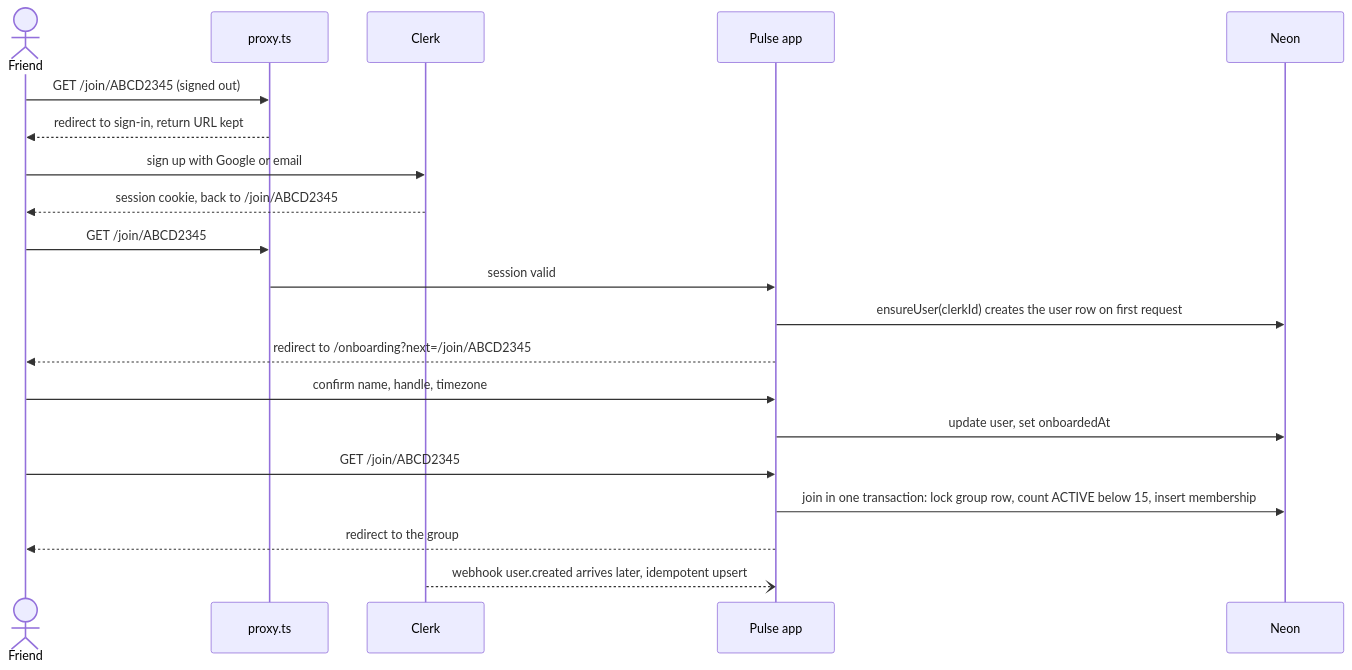
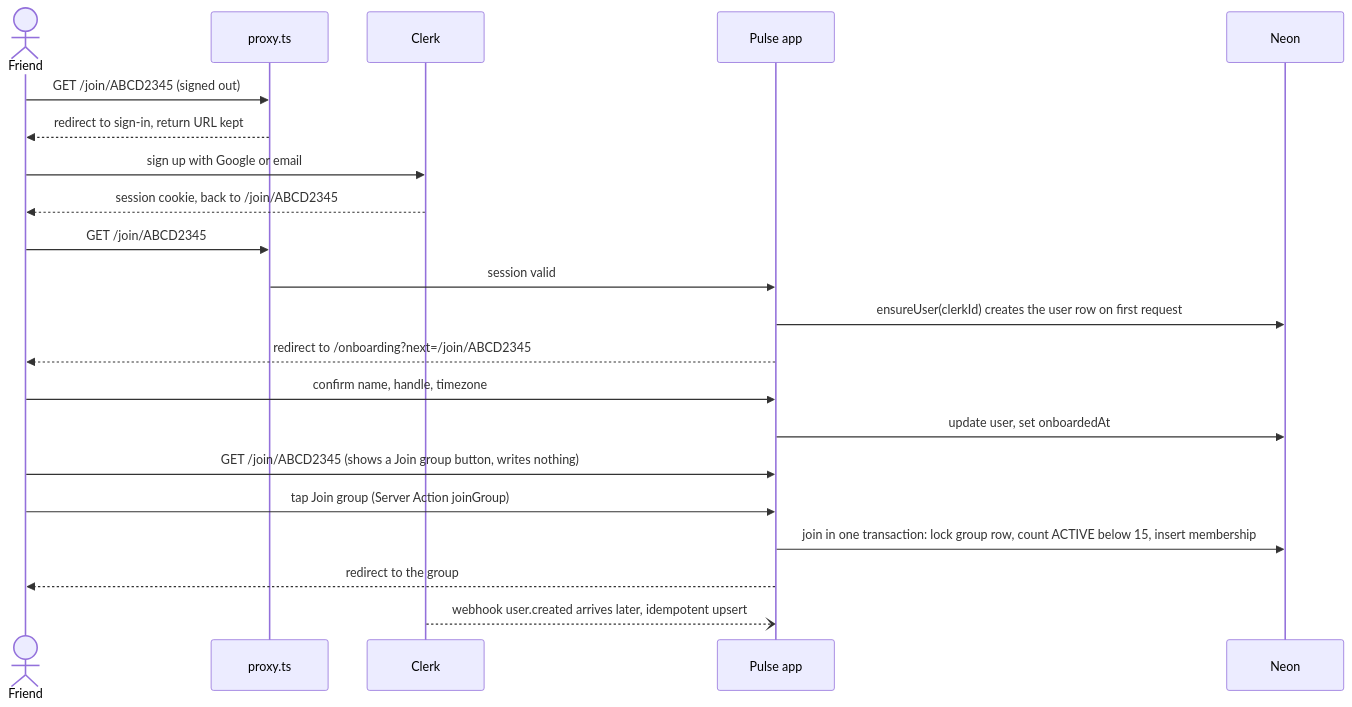
Before and after one commit to rushikeshmalgan/pulse: the third of 4 diagrams in docs/TAD.md, drawn with Mermaid. The commit also changed other lines of this file, not shown here.

First line of the commit message:
docs: amend TAD for schema and API refinements

````diff
--- a/docs/TAD.md
+++ b/docs/TAD.md
@@ -257,22 +259,23 @@
 ```mermaid
 sequenceDiagram
   actor F as Friend
   participant P as proxy.ts
   participant C as Clerk
   participant A as Pulse app
   participant D as Neon
   F->>P: GET /join/ABCD2345 (signed out)
   P-->>F: redirect to sign-in, return URL kept
   F->>C: sign up with Google or email
   C-->>F: session cookie, back to /join/ABCD2345
   F->>P: GET /join/ABCD2345
   P->>A: session valid
   A->>D: ensureUser(clerkId) creates the user row on first request
   A-->>F: redirect to /onboarding?next=/join/ABCD2345
   F->>A: confirm name, handle, timezone
   A->>D: update user, set onboardedAt
-  F->>A: GET /join/ABCD2345
+  F->>A: GET /join/ABCD2345 (shows a Join group button, writes nothing)
+  F->>A: tap Join group (Server Action joinGroup)
   A->>D: join in one transaction: lock group row, count ACTIVE below 15, insert membership
   A-->>F: redirect to the group
   C--)A: webhook user.created arrives later, idempotent upsert
 ```
````
